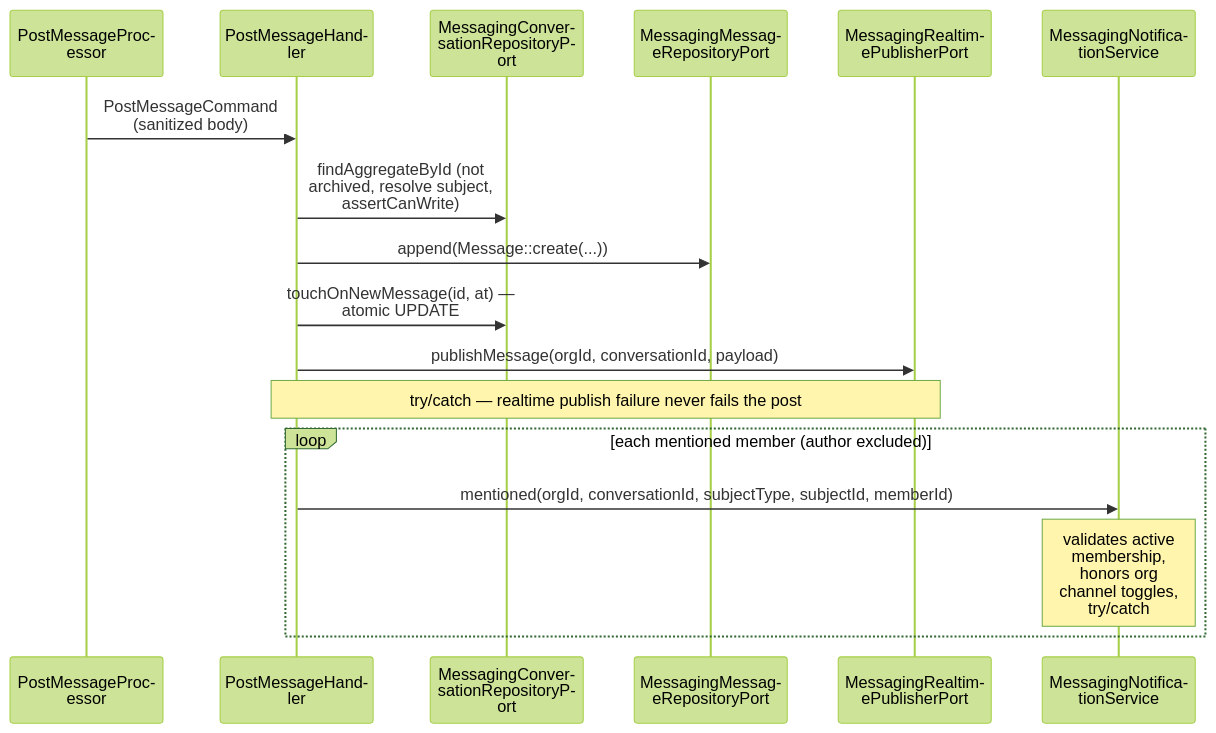
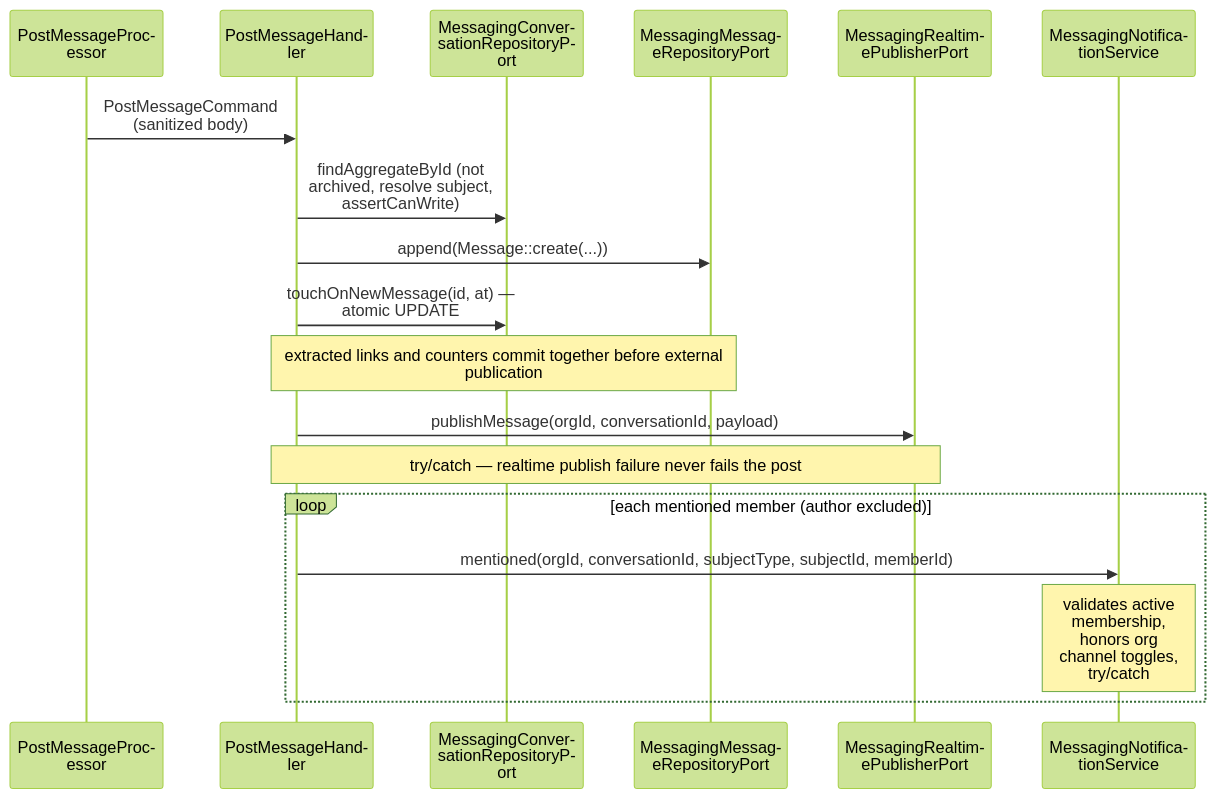
The second of 2 diagrams in src/Messaging/MODULE.md (DevSkyLex/fireguard-api), drawn with Mermaid (forest theme) before and after one commit. The commit also changed other lines of this file and 3031 other files, not shown here.

````diff
--- a/src/Messaging/MODULE.md
+++ b/src/Messaging/MODULE.md
@@ -205,24 +212,25 @@
 ```mermaid
 ---
 config:
   sequence:
     wrap: true
 ---
 sequenceDiagram
   participant P as PostMessageProcessor
   participant H as PostMessageHandler
   participant Conv as MessagingConversationRepositoryPort
   participant Msg as MessagingMessageRepositoryPort
   participant RT as MessagingRealtimePublisherPort
   participant N as MessagingNotificationService
   P->>H: PostMessageCommand (sanitized body)
   H->>Conv: findAggregateById (not archived, resolve subject, assertCanWrite)
   H->>Msg: append(Message::create(...))
   H->>Conv: touchOnNewMessage(id, at) — atomic UPDATE
+  Note over H,Msg: extracted links and counters commit together before external publication
   H->>RT: publishMessage(orgId, conversationId, payload)
   Note over H,RT: try/catch — realtime publish failure never fails the post
   loop each mentioned member (author excluded)
     H->>N: mentioned(orgId, conversationId, subjectType, subjectId, memberId)
     Note over N: validates active membership, honors org channel toggles, try/catch
   end
 ```
````
